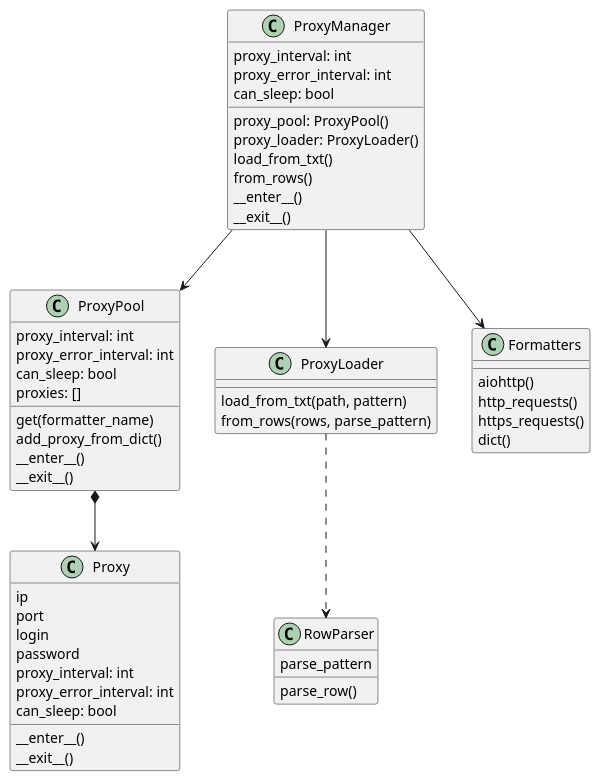
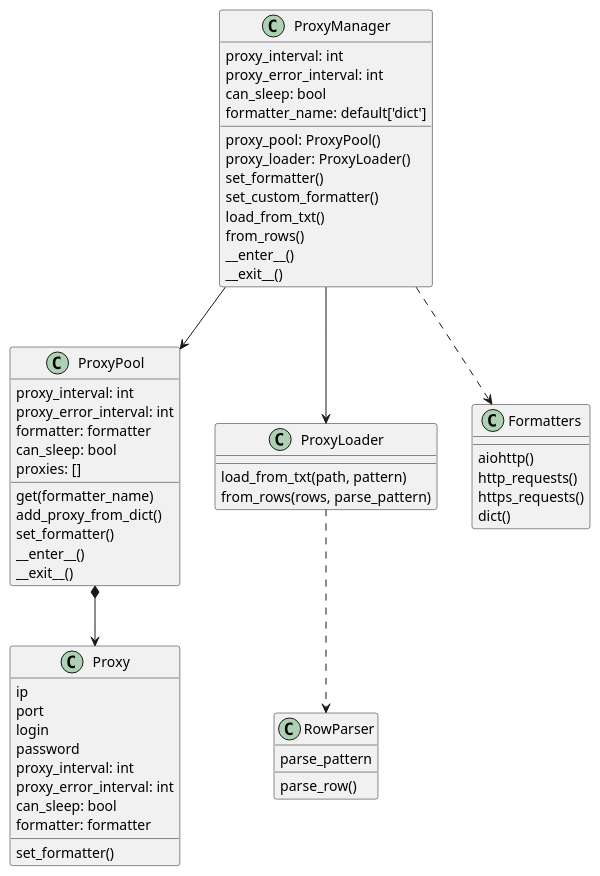
Before and after one commit to overparser/proxy_manager: the diagram in ProxyManager.puml, drawn with PlantUML. The commit also changed 2 other files, not shown here.

Commit message:
uml changed

```diff
--- a/ProxyManager.puml
+++ b/ProxyManager.puml
@@ -1,56 +1,61 @@
 @startuml
 class ProxyManager{
       proxy_interval: int
       proxy_error_interval: int
       can_sleep: bool
+      formatter_name: default['dict']
       proxy_pool: ProxyPool()
       proxy_loader: ProxyLoader()
+      set_formatter()
+      set_custom_formatter()
       load_from_txt()
       from_rows()
       __enter__()
       __exit__()
 }
 class ProxyPool{
     proxy_interval: int
     proxy_error_interval: int
+    formatter: formatter
     can_sleep: bool
     proxies: []
     get(formatter_name)
     add_proxy_from_dict()
+    set_formatter()
     __enter__()
     __exit__()
 }
 
 class ProxyLoader{
     load_from_txt(path, pattern)
     from_rows(rows, parse_pattern)
 }
 
 class RowParser{
     parse_pattern
     parse_row()
 }
 class Proxy{
     ip
     port
     login
     password
     proxy_interval: int
     proxy_error_interval: int
     can_sleep: bool
-    __enter__()
-    __exit__()
+    formatter: formatter
+    set_formatter()
 }
 class Formatters{
     aiohttp()
     http_requests()
     https_requests()
     dict()
 
 }
 ProxyPool *--> Proxy
 ProxyManager --> ProxyPool
 ProxyManager --> ProxyLoader
-ProxyManager --> Formatters
+ProxyManager ..> Formatters
 ProxyLoader ..> RowParser
 @enduml
```
